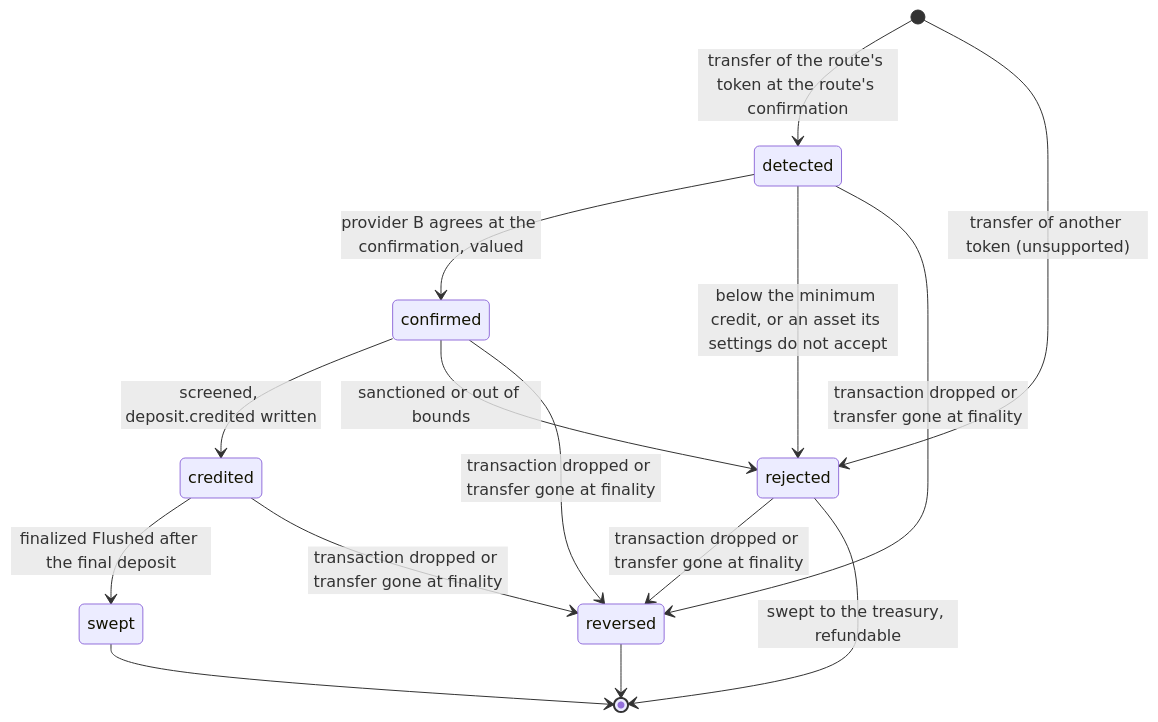
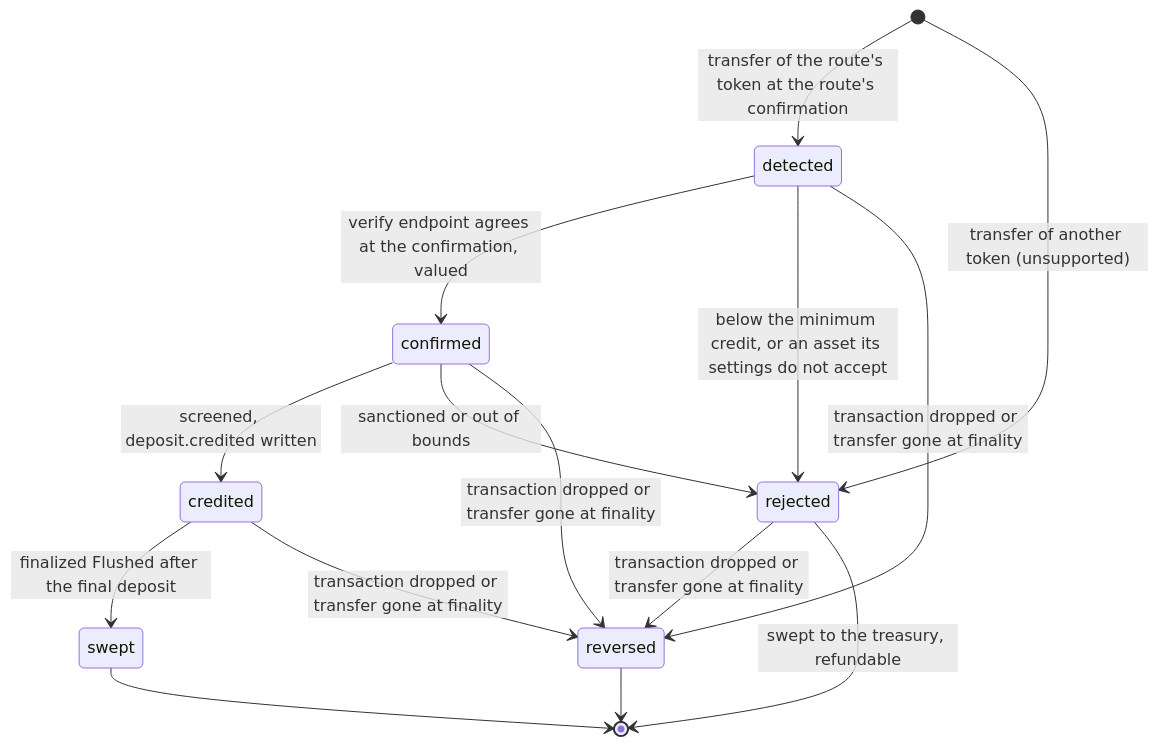
Before and after one commit to Phala-Network/phala-pay: the second of 3 diagrams in docs/architecture.md, drawn with Mermaid. The commit also changed other lines of this file and 200 other files, not shown here.

````diff
--- a/docs/architecture.md
+++ b/docs/architecture.md
@@ -392,17 +392,17 @@
 ```mermaid
 stateDiagram-v2
     [*] --> detected: transfer of the route's token at the route's confirmation
     [*] --> rejected: transfer of another token (unsupported)
-    detected --> confirmed: provider B agrees at the confirmation, valued
+    detected --> confirmed: verify endpoint agrees at the confirmation, valued
     detected --> rejected: below the minimum credit, or an asset its settings do not accept
     confirmed --> credited: screened, deposit.credited written
     confirmed --> rejected: sanctioned or out of bounds
     credited --> swept: finalized Flushed after the final deposit
     detected --> reversed: transaction dropped or transfer gone at finality
     confirmed --> reversed: transaction dropped or transfer gone at finality
     credited --> reversed: transaction dropped or transfer gone at finality
     rejected --> reversed: transaction dropped or transfer gone at finality
     rejected --> [*]: swept to the treasury, refundable
     swept --> [*]
     reversed --> [*]
 ```
````
